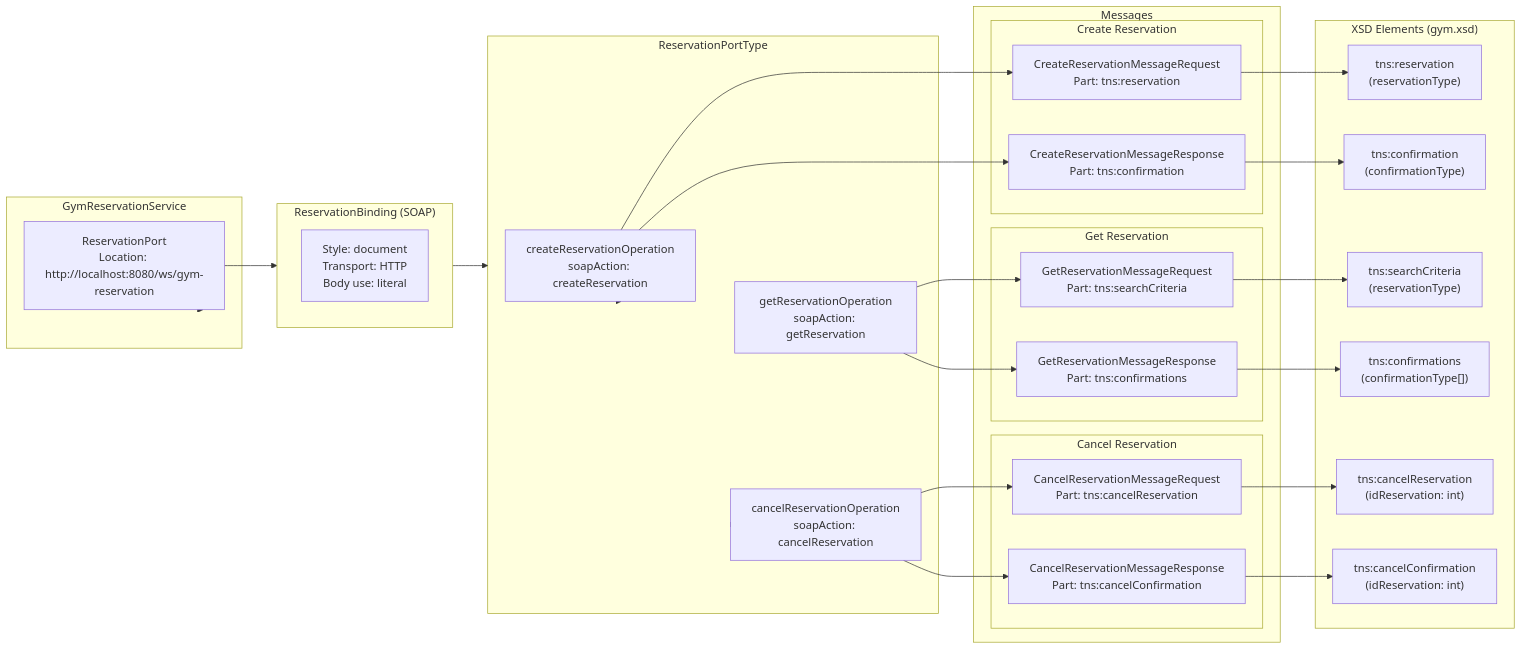
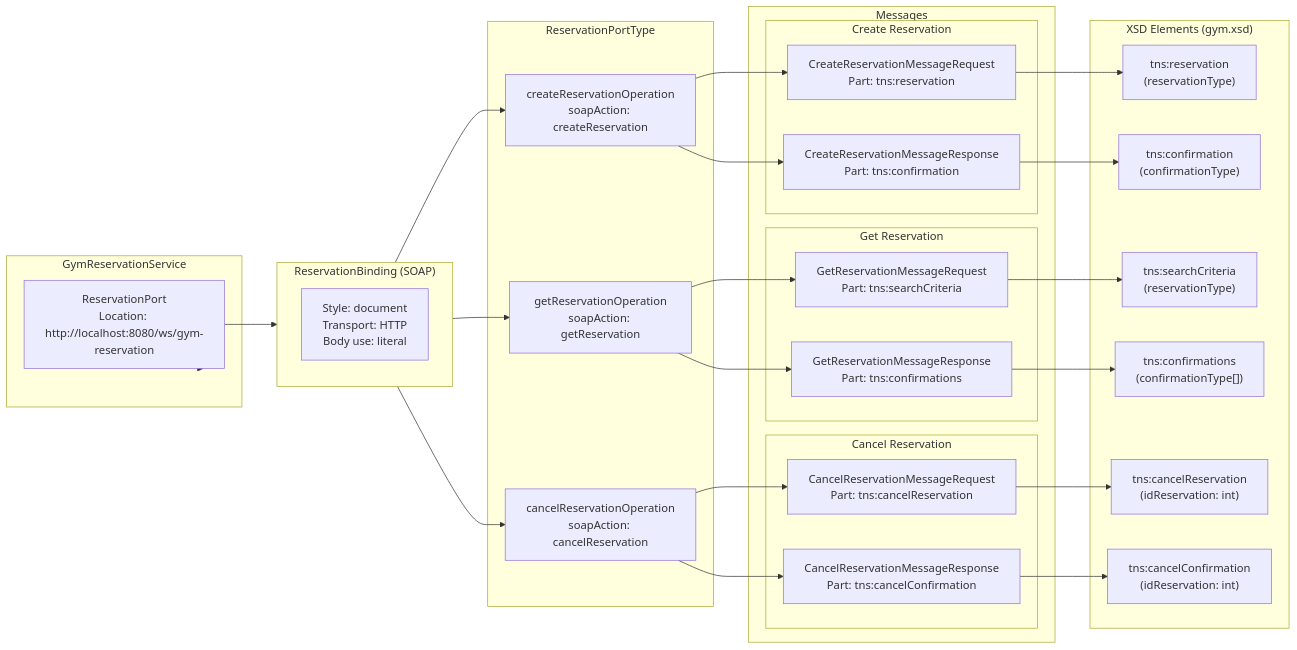
The first of 5 diagrams in course/unit-02/README.md (ebrenam/itq), drawn with Mermaid before and after one commit.

Commit message:
fix: Correct flow direction in mermaid diagram for GymReservationService

````diff
--- a/course/unit-02/README.md
+++ b/course/unit-02/README.md
@@ -19,64 +19,63 @@
 ```mermaid
 flowchart LR
     subgraph Service["GymReservationService"]
         Port["ReservationPort<br/>Location: http://localhost:8080/ws/gym-reservation"]
     end
     
     subgraph Binding["ReservationBinding (SOAP)"]
         B1["Style: document<br/>Transport: HTTP<br/>Body use: literal"]
     end
     
     subgraph PortType["ReservationPortType"]
         Op1["createReservationOperation<br/>soapAction: createReservation"]
         Op2["getReservationOperation<br/>soapAction: getReservation"]
         Op3["cancelReservationOperation<br/>soapAction: cancelReservation"]
     end
     
     subgraph Messages["Messages"]
         subgraph CreateReservation["Create Reservation"]
             CreateReq["CreateReservationMessageRequest<br/>Part: tns:reservation"]
             CreateRes["CreateReservationMessageResponse<br/>Part: tns:confirmation"]
         end
         
         subgraph GetReservation["Get Reservation"]
             GetReq["GetReservationMessageRequest<br/>Part: tns:searchCriteria"]
             GetRes["GetReservationMessageResponse<br/>Part: tns:confirmations"]
         end
         
         subgraph CancelReservation["Cancel Reservation"]
             CancelReq["CancelReservationMessageRequest<br/>Part: tns:cancelReservation"]
             CancelRes["CancelReservationMessageResponse<br/>Part: tns:cancelConfirmation"]
         end
     end
     
     subgraph Types["XSD Elements (gym.xsd)"]
         T1["tns:reservation<br/>(reservationType)"]
         T2["tns:confirmation<br/>(confirmationType)"]
         T3["tns:searchCriteria<br/>(reservationType)"]
         T4["tns:confirmations<br/>(confirmationType[])"]
         T5["tns:cancelReservation<br/>(idReservation: int)"]
         T6["tns:cancelConfirmation<br/>(idReservation: int)"]
     end
     
     Service --> Port
     Port --> Binding
-    Binding --> PortType
     
-    PortType --> Op1
-    PortType --> Op2
-    PortType --> Op3
+    Binding --> Op1
+    Binding --> Op2
+    Binding --> Op3
     
     Op1 --> CreateReq
     Op1 --> CreateRes
     Op2 --> GetReq
     Op2 --> GetRes
     Op3 --> CancelReq
     Op3 --> CancelRes
     
     CreateReq --> T1
     CreateRes --> T2
     GetReq --> T3
     GetRes --> T4
     CancelReq --> T5
     CancelRes --> T6
 ```
````
